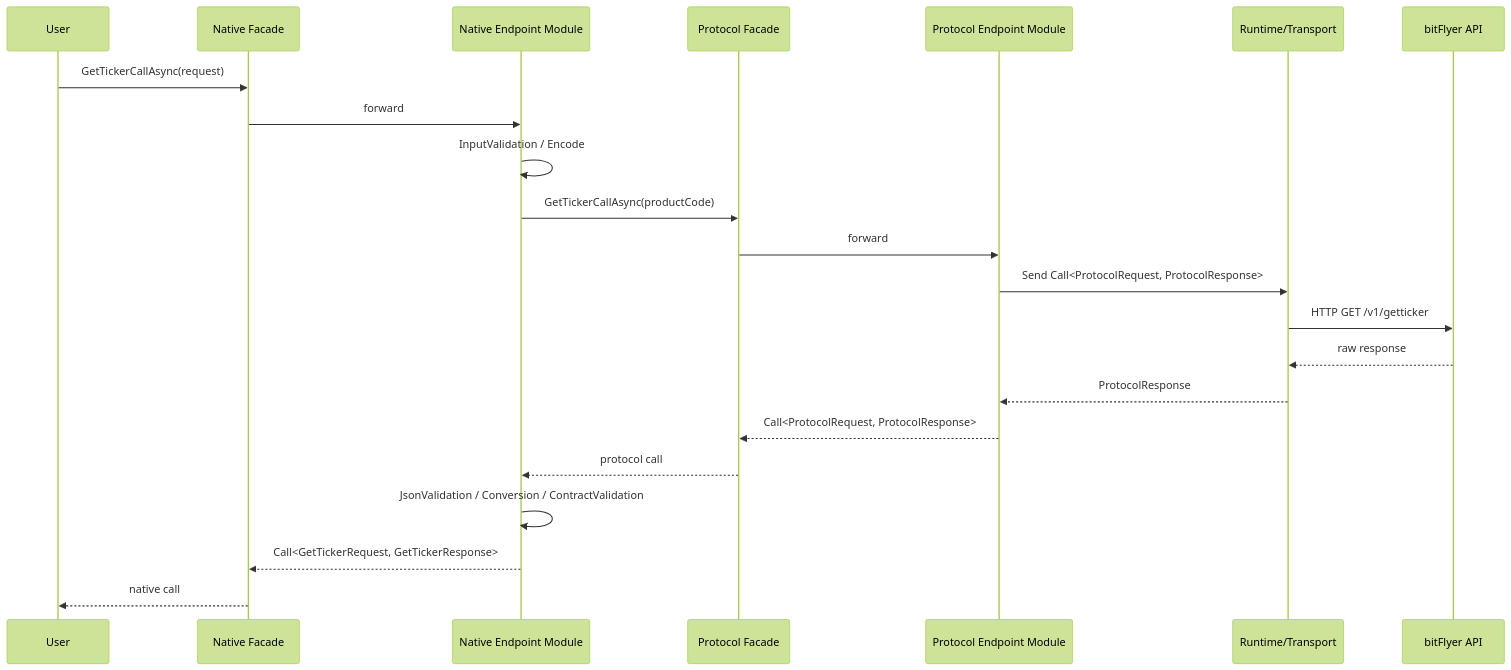
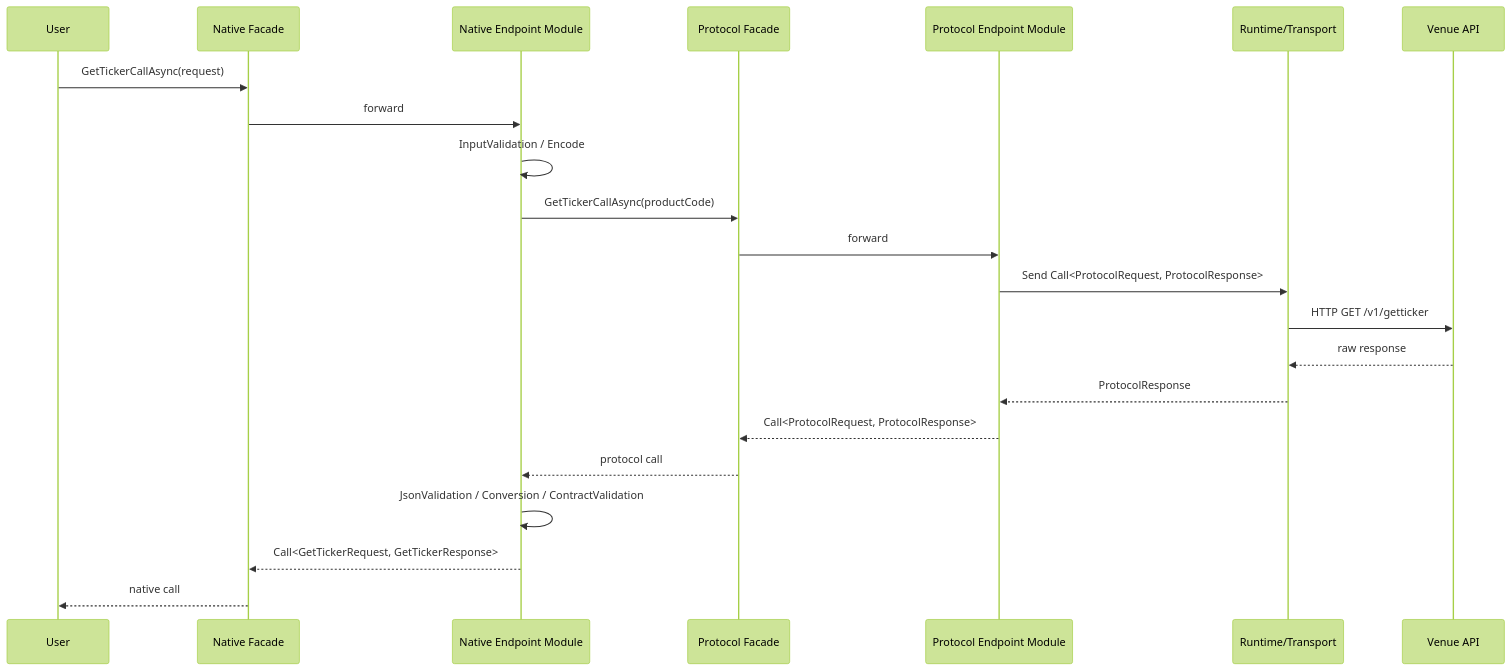
One commit to tkoba0410/ExchangeAPI changed the third of 3 diagrams in docs/stage10.md. Above: the diagram before and after it, drawn with Mermaid (forest theme). The commit also changed other lines of this file and 1 other file, not shown here.

````diff
--- a/docs/stage10.md
+++ b/docs/stage10.md
@@ -88,25 +92,25 @@
 ```mermaid
 sequenceDiagram
     participant User as User
     participant NF as Native Facade
     participant NM as Native Endpoint Module
     participant PF as Protocol Facade
     participant PM as Protocol Endpoint Module
     participant RT as Runtime/Transport
-    participant BF as bitFlyer API
+    participant BF as Venue API
 
     User->>NF: GetTickerCallAsync(request)
     NF->>NM: forward
     NM->>NM: InputValidation / Encode
     NM->>PF: GetTickerCallAsync(productCode)
     PF->>PM: forward
     PM->>RT: Send Call<ProtocolRequest, ProtocolResponse>
     RT->>BF: HTTP GET /v1/getticker
     BF-->>RT: raw response
     RT-->>PM: ProtocolResponse
     PM-->>PF: Call<ProtocolRequest, ProtocolResponse>
     PF-->>NM: protocol call
     NM->>NM: JsonValidation / Conversion / ContractValidation
     NM-->>NF: Call<GetTickerRequest, GetTickerResponse>
     NF-->>User: native call
 ```
````
